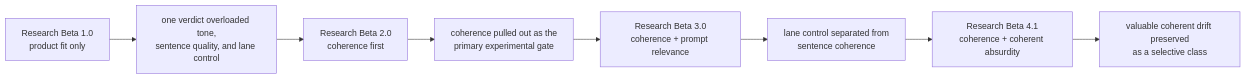
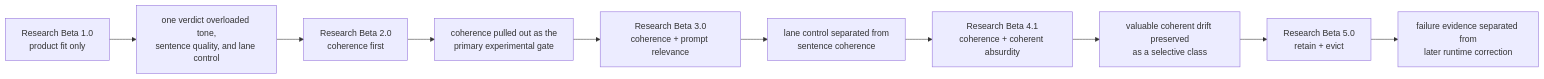
The first of 2 diagrams in docs/research/README.md (tryskian/probaboracle), drawn with Mermaid before and after one commit. The commit also changed other lines of this file and 6 other files, not shown here.

````diff
--- a/docs/research/README.md
+++ b/docs/research/README.md
@@ -75,14 +83,16 @@
 ```mermaid
 flowchart LR
   B1["Research Beta 1.0<br/>product fit only"]
   B2["Research Beta 2.0<br/>coherence first"]
   B3["Research Beta 3.0<br/>coherence + prompt relevance"]
   B4["Research Beta 4.1<br/>coherence + coherent absurdity"]
+  B5["Research Beta 5.0<br/>retain + evict"]
 
   S1["one verdict overloaded tone,<br/>sentence quality, and lane control"]
   S2["coherence pulled out as the<br/>primary experimental gate"]
   S3["lane control separated from<br/>sentence coherence"]
   S4["valuable coherent drift preserved<br/>as a selective class"]
+  S5["failure evidence separated from<br/>later runtime correction"]
 
-  B1 --> S1 --> B2 --> S2 --> B3 --> S3 --> B4 --> S4
+  B1 --> S1 --> B2 --> S2 --> B3 --> S3 --> B4 --> S4 --> B5 --> S5
 ```
````
